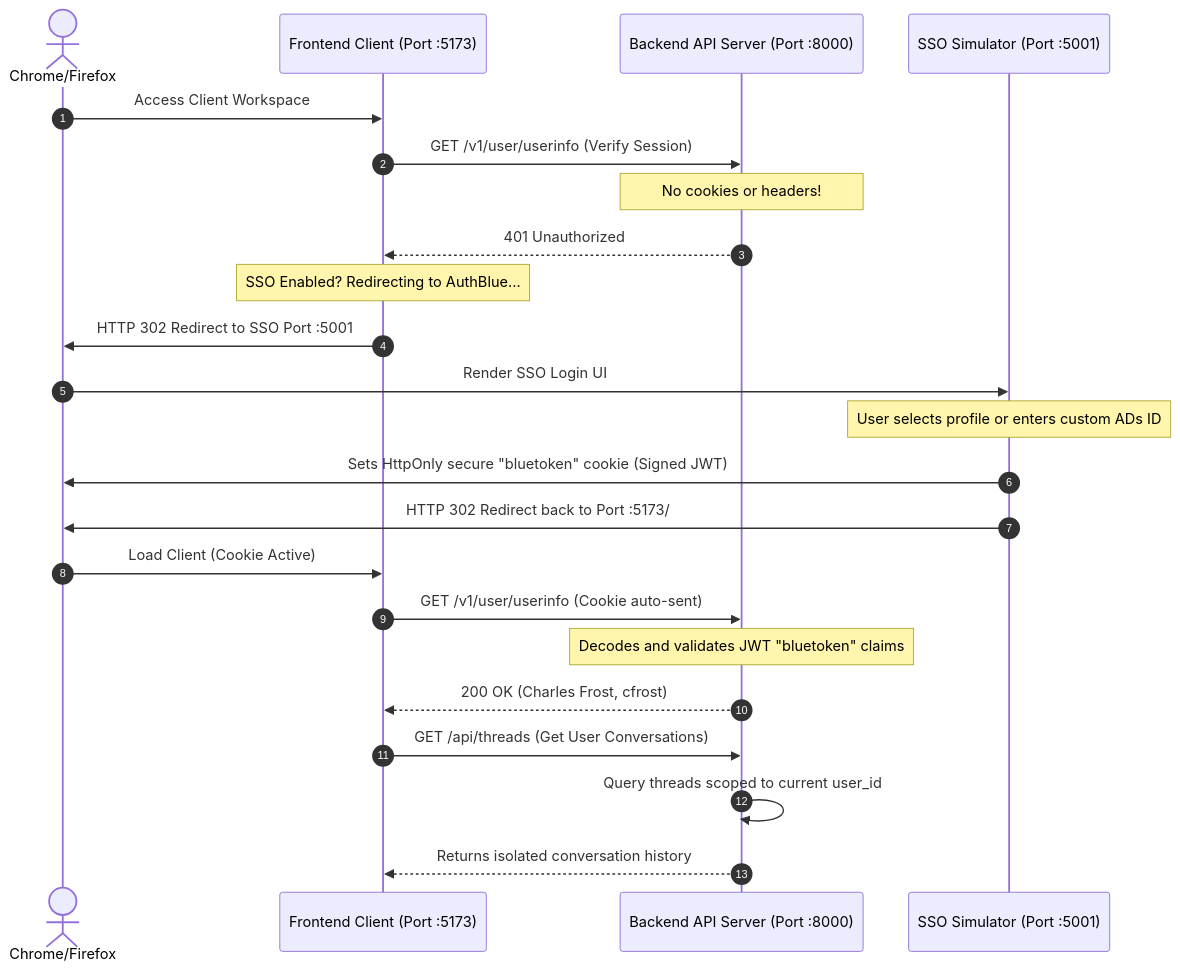
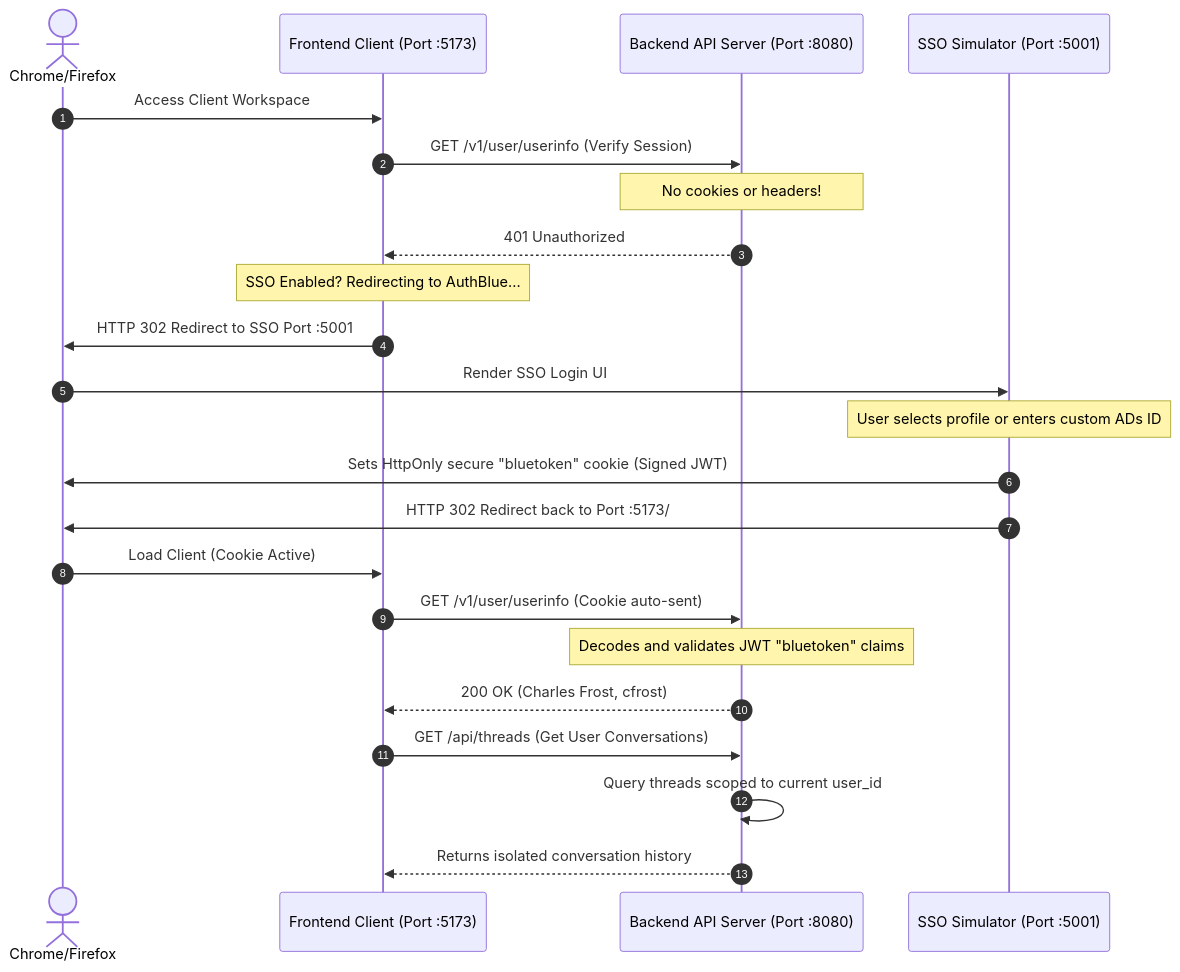
One commit to Pawan-Valluri/react_chatui2 changed the diagram in README.md. Above: the diagram before and after it, drawn with Mermaid. The commit also changed other lines of this file and 2 other files, not shown here.

Commit message:
Configure API server to run on port 8080 and update Vite proxy target

````diff
--- a/README.md
+++ b/README.md
@@ -13,26 +13,26 @@
 ```mermaid
 sequenceDiagram
     autonumber
     actor Browser as Chrome/Firefox
     participant FE as Frontend Client (Port :5173)
-    participant BE as Backend API Server (Port :8000)
+    participant BE as Backend API Server (Port :8080)
     participant Sim as SSO Simulator (Port :5001)
 
     Browser->>FE: Access Client Workspace
     FE->>BE: GET /v1/user/userinfo (Verify Session)
     Note over BE: No cookies or headers!
     BE-->>FE: 401 Unauthorized
     Note over FE: SSO Enabled? Redirecting to AuthBlue...
     FE->>Browser: HTTP 302 Redirect to SSO Port :5001
     Browser->>Sim: Render SSO Login UI
     Note over Sim: User selects profile or enters custom ADs ID
     Sim->>Browser: Sets HttpOnly secure "bluetoken" cookie (Signed JWT)
     Sim->>Browser: HTTP 302 Redirect back to Port :5173/
     Browser->>FE: Load Client (Cookie Active)
     FE->>BE: GET /v1/user/userinfo (Cookie auto-sent)
     Note over BE: Decodes and validates JWT "bluetoken" claims
     BE-->>FE: 200 OK (Charles Frost, cfrost)
     FE->>BE: GET /api/threads (Get User Conversations)
     BE->>BE: Query threads scoped to current user_id
     BE-->>FE: Returns isolated conversation history
 ```
````
